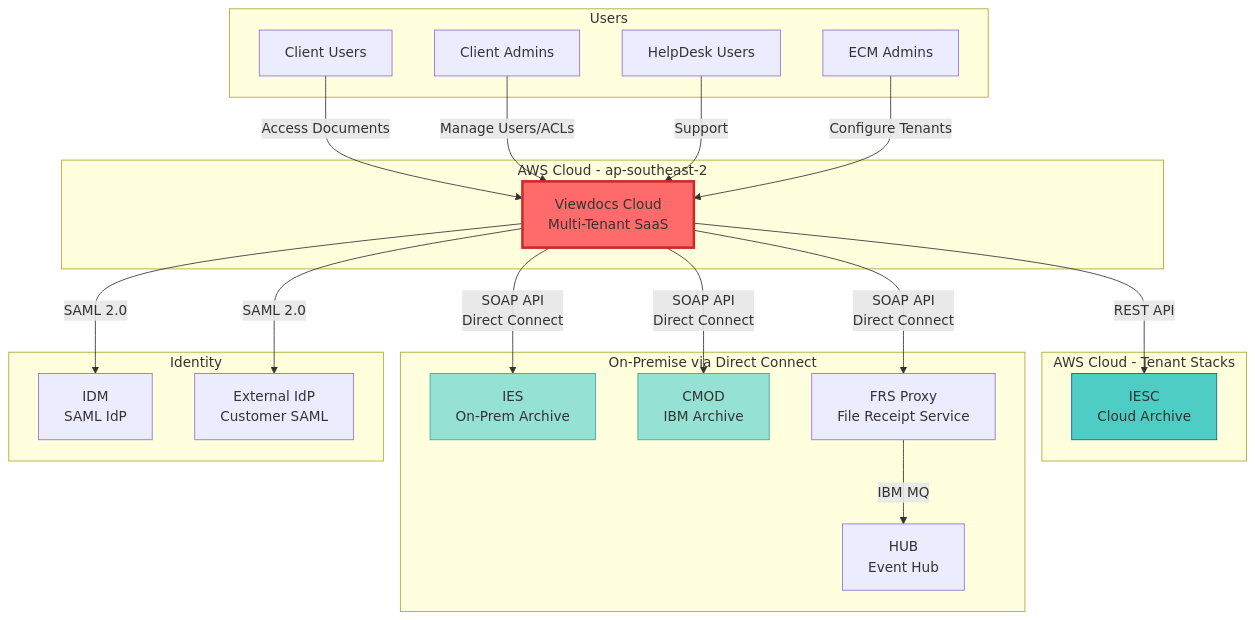
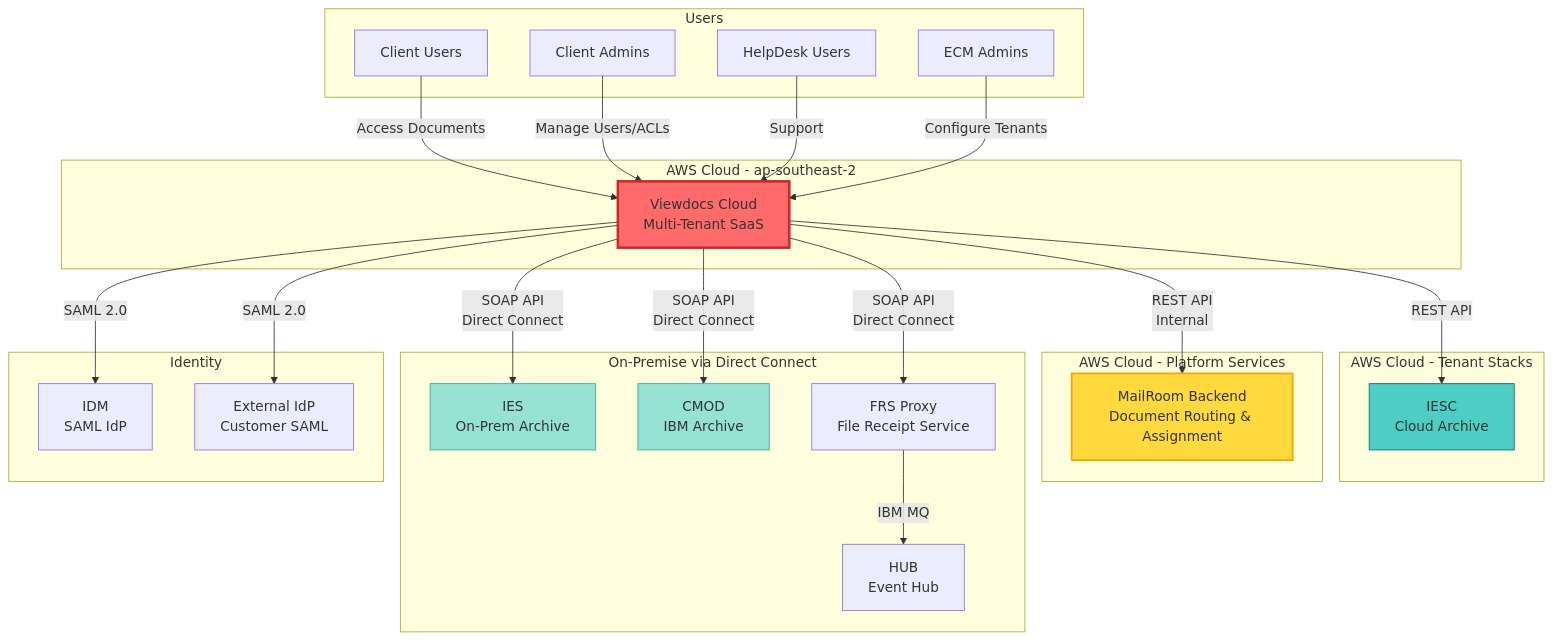
The first of 3 diagrams in docs/architecture/00-architecture-overview.md (onesphereai/viewdocs-cloud), drawn with Mermaid before and after one commit. The commit also changed other lines of this file and 2 other files, not shown here.

First line of the commit message:
Add MailRoom integration architecture documentation - Part 2

````diff
--- a/docs/architecture/00-architecture-overview.md
+++ b/docs/architecture/00-architecture-overview.md
@@ -100,47 +101,53 @@
 ```mermaid
 graph TB
     subgraph "Users"
         CU[Client Users]
         CA[Client Admins]
         HD[HelpDesk Users]
         EA[ECM Admins]
     end
 
     subgraph "AWS Cloud - ap-southeast-2"
         VD[Viewdocs Cloud<br/>Multi-Tenant SaaS]
     end
 
     subgraph "AWS Cloud - Tenant Stacks"
         IESC[IESC<br/>Cloud Archive]
+    end
+
+    subgraph "AWS Cloud - Platform Services"
+        MR[MailRoom Backend<br/>Document Routing & Assignment]
     end
 
     subgraph "On-Premise via Direct Connect"
         IES[IES<br/>On-Prem Archive]
         CMOD[CMOD<br/>IBM Archive]
         FRS[FRS Proxy<br/>File Receipt Service]
         HUB[HUB<br/>Event Hub]
     end
 
     subgraph "Identity"
         IDM[IDM<br/>SAML IdP]
         ExtIdP[External IdP<br/>Customer SAML]
     end
 
     CU -->|Access Documents| VD
     CA -->|Manage Users/ACLs| VD
     HD -->|Support| VD
     EA -->|Configure Tenants| VD
 
     VD -->|SAML 2.0| IDM
     VD -->|SAML 2.0| ExtIdP
     VD -->|REST API| IESC
     VD -->|SOAP API<br/>Direct Connect| IES
     VD -->|SOAP API<br/>Direct Connect| CMOD
     VD -->|SOAP API<br/>Direct Connect| FRS
+    VD -->|REST API<br/>Internal| MR
     FRS -->|IBM MQ| HUB
 
     style VD fill:#FF6B6B,stroke:#C92A2A,stroke-width:3px
+    style MR fill:#FFD93D,stroke:#F4A300,stroke-width:2px
     style IESC fill:#4ECDC4,stroke:#0A6C74
     style IES fill:#95E1D3,stroke:#38A89D
     style CMOD fill:#95E1D3,stroke:#38A89D
 ```
````
